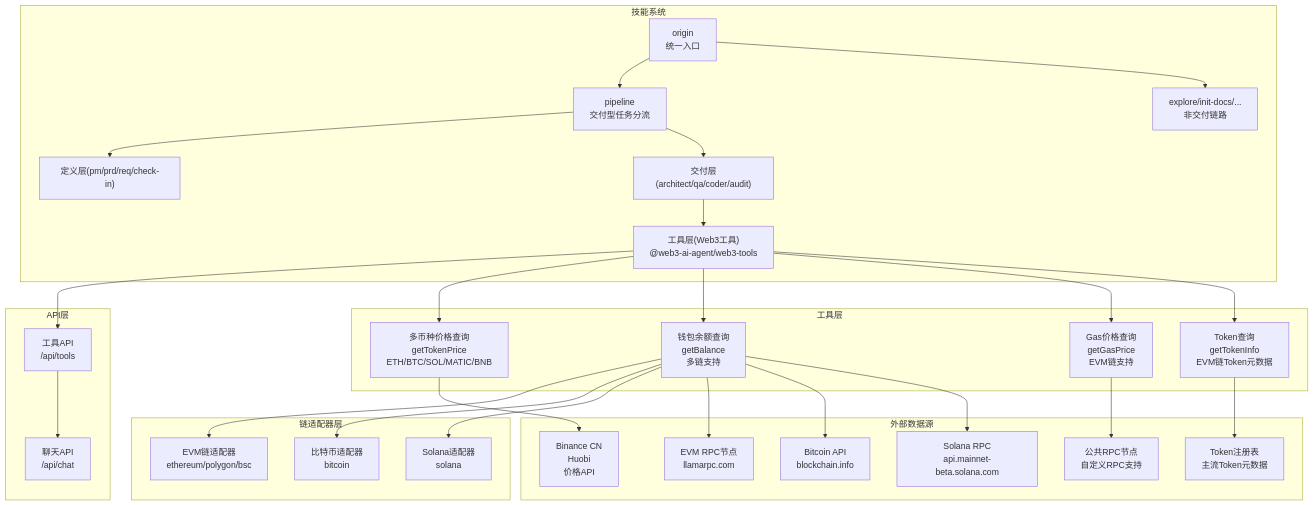
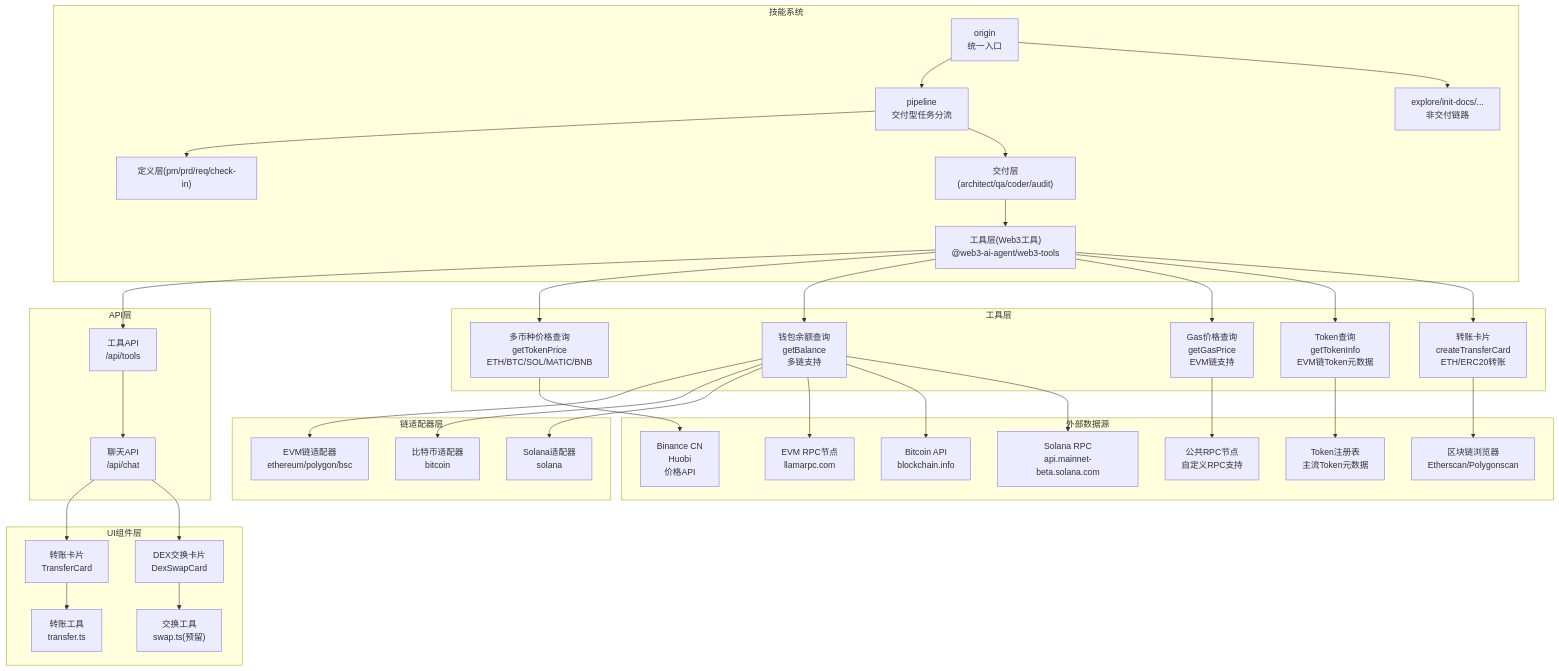
One commit to CryptoLinxu/Web3-AI-Agent changed the second of 9 diagrams in .qoder/repowiki/zh/content/Web3工具集成/Web3工具集成.md. Above: the diagram before and after it, drawn with Mermaid. The commit also changed other lines of this file and 7 other files, not shown here.

Commit message:
eat(transfer-card): 实现 ERC20 approve 完整流程" -m "扩展 ERC20_ABI 增加 allowance 和 approve 新增 useReadContract 检查授权额度 allowance 不足时自动显示授权步骤 approve 成功后自动发起 transfer 新增 approving 状态和授权 UI 按钮 类型 TransferStatus 新增 approving

````diff
--- a/.qoder/repowiki/zh/content/Web3工具集成/Web3工具集成.md
+++ b/.qoder/repowiki/zh/content/Web3工具集成/Web3工具集成.md
@@ -122,33 +131,41 @@
 ```mermaid
 graph TB
 subgraph "技能系统"
 O["origin<br/>统一入口"] --> P["pipeline<br/>交付型任务分流"]
 O --> S["explore/init-docs/...<br/>非交付链路"]
 P --> D["定义层(pm/prd/req/check-in)"]
 P --> B["交付层(architect/qa/coder/audit)"]
 B --> T["工具层(Web3工具)<br/>@web3-ai-agent/web3-tools"]
 end
 subgraph "API层"
 T --> API["工具API<br/>/api/tools"]
 API --> CHAT["聊天API<br/>/api/chat"]
 end
+subgraph "UI组件层"
+CHAT --> CARDS["转账卡片<br/>TransferCard"]
+CHAT --> DEX["DEX交换卡片<br/>DexSwapCard"]
+CARDS --> TRANSFER["转账工具<br/>transfer.ts"]
+DEX --> SWAP["交换工具<br/>swap.ts(预留)"]
+end
 subgraph "工具层"
 T --> W1["多币种价格查询<br/>getTokenPrice<br/>ETH/BTC/SOL/MATIC/BNB"]
 T --> W2["钱包余额查询<br/>getBalance<br/>多链支持"]
 T --> W3["Gas价格查询<br/>getGasPrice<br/>EVM链支持"]
 T --> W4["Token查询<br/>getTokenInfo<br/>EVM链Token元数据"]
+T --> W5["转账卡片<br/>createTransferCard<br/>ETH/ERC20转账"]
 end
 subgraph "链适配器层"
 W2 --> EVM["EVM链适配器<br/>ethereum/polygon/bsc"]
 W2 --> BTC["比特币适配器<br/>bitcoin"]
 W2 --> SOL["Solana适配器<br/>solana"]
 end
 subgraph "外部数据源"
 W1 --> EX1["Binance CN<br/>Huobi<br/>价格API"]
 W2 --> EX2["EVM RPC节点<br/>llamarpc.com"]
 W2 --> EX3["Bitcoin API<br/>blockchain.info"]
 W2 --> EX4["Solana RPC<br/>api.mainnet-beta.solana.com"]
 W3 --> EX5["公共RPC节点<br/>自定义RPC支持"]
 W4 --> EX6["Token注册表<br/>主流Token元数据"]
+W5 --> EX7["区块链浏览器<br/>Etherscan/Polygonscan"]
 end
 ```
````
